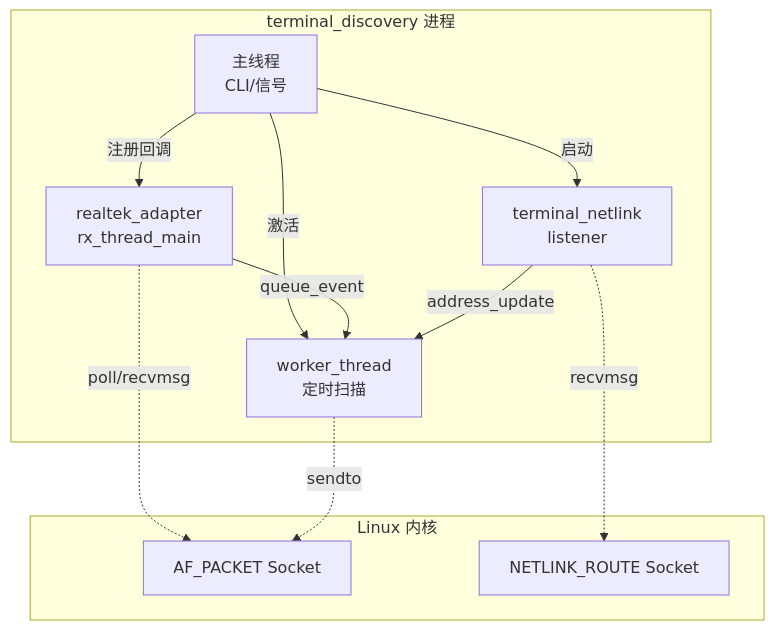
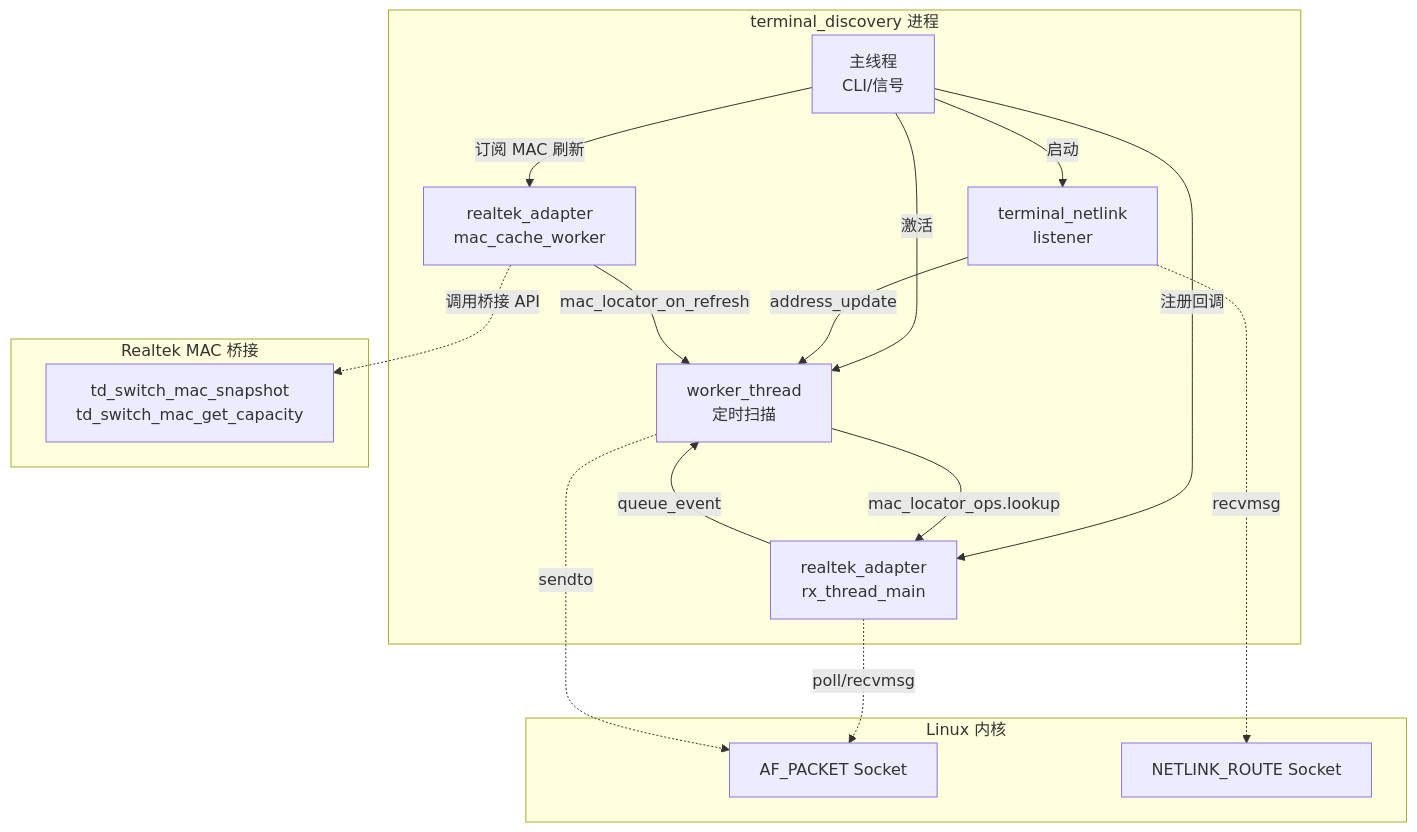
One commit to adinxu/Demo changed the ninth of 9 diagrams in C++/Windows/CodeBlocks/TerminalDiscovery/doc/design/src_overview.md. Above: the diagram before and after it, drawn with Mermaid. The commit also changed other lines of this file and 5 other files, not shown here.

````diff
--- a/C++/Windows/CodeBlocks/TerminalDiscovery/doc/design/src_overview.md
+++ b/C++/Windows/CodeBlocks/TerminalDiscovery/doc/design/src_overview.md
@@ -393,24 +429,34 @@
 ```mermaid
 graph TD
   subgraph Process[terminal_discovery 进程]
   MainThread["主线程<br/>CLI/信号"]
   WorkerThread["worker_thread<br/>定时扫描"]
   RxThread["realtek_adapter<br/>rx_thread_main"]
   NetlinkThread["terminal_netlink<br/>listener"]
+  MacWorker["realtek_adapter<br/>mac_cache_worker"]
   end
 
   MainThread -- 激活 --> WorkerThread
   MainThread -- 注册回调 --> RxThread
   MainThread -- 启动 --> NetlinkThread
+  MainThread -- 订阅 MAC 刷新 --> MacWorker
   RxThread -- queue_event --> WorkerThread
   NetlinkThread -- address_update --> WorkerThread
+  MacWorker -- mac_locator_on_refresh --> WorkerThread
+  WorkerThread -- mac_locator_ops.lookup --> RxThread
 
   subgraph Kernel[Linux 内核]
   RawSock["AF_PACKET Socket"]
   NetlinkSock["NETLINK_ROUTE Socket"]
   end
 
   RxThread -. poll/recvmsg .-> RawSock
   NetlinkThread -. recvmsg .-> NetlinkSock
   WorkerThread -. sendto .-> RawSock
+  subgraph SDK[Realtek MAC 桥接]
+  Bridge["td_switch_mac_snapshot
+td_switch_mac_get_capacity"]
+  end
+
+  MacWorker -. 调用桥接 API .-> Bridge
 ```
````
